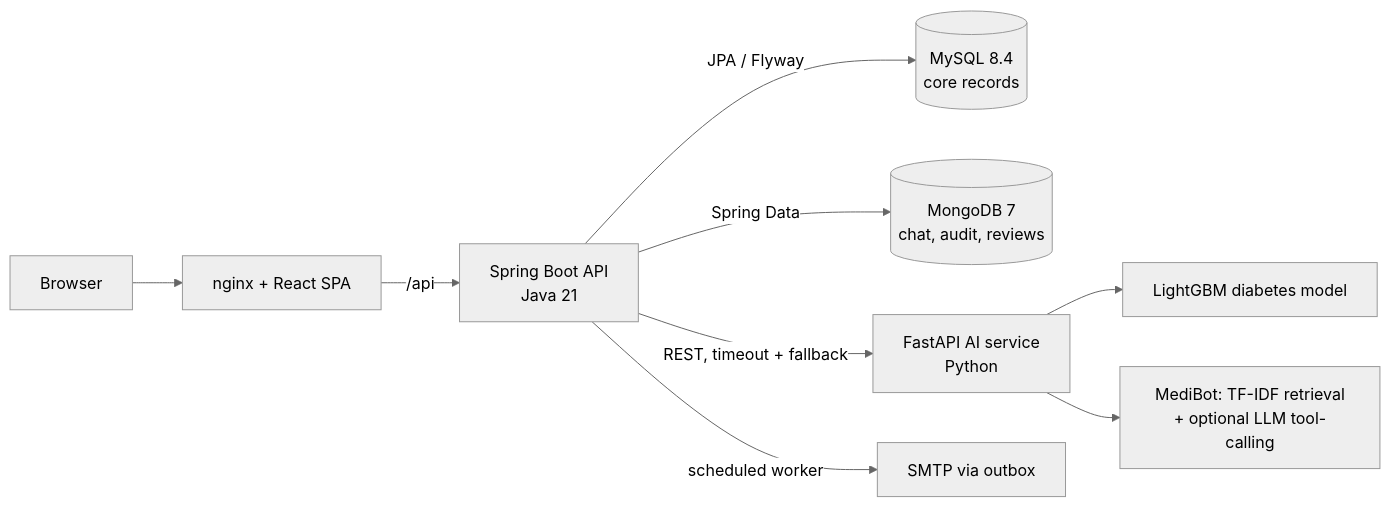
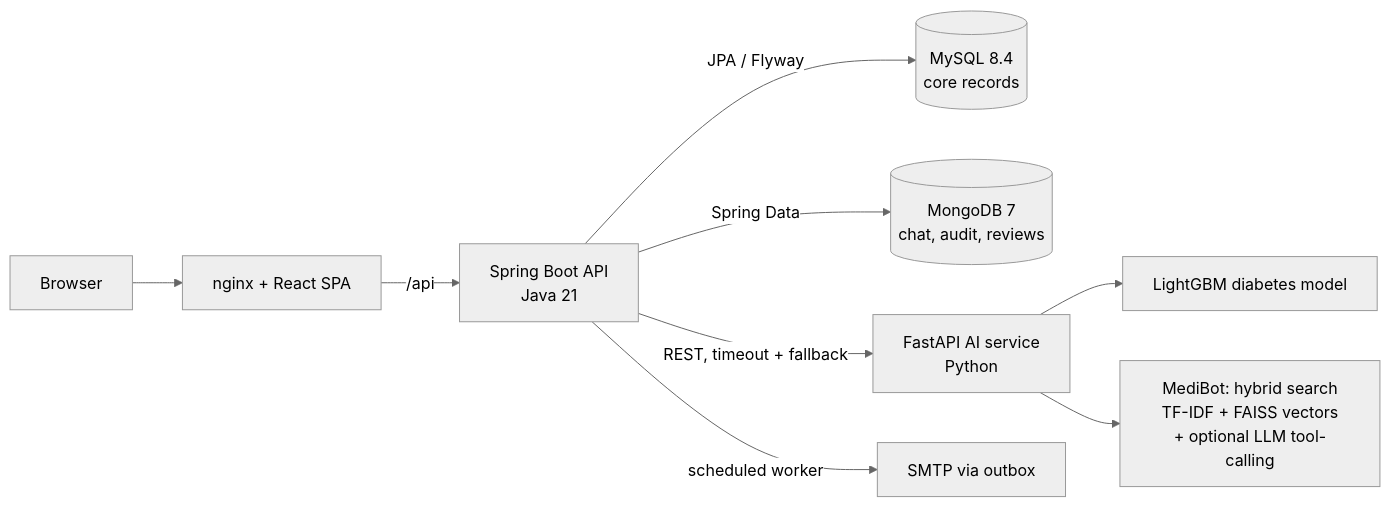
Before and after one commit to ayushcoder894/mediconnect: the diagram in README.md, drawn with Mermaid (neutral theme). The commit also changed other lines of this file and 7 other files, not shown here.

First line of the commit message:
Add FAISS vector search to MediBot

````diff
--- a/README.md
+++ b/README.md
@@ -23,11 +23,11 @@
 ```mermaid
 flowchart LR
     U[Browser] --> N[nginx + React SPA]
     N -- /api --> A[Spring Boot API<br/>Java 21]
     A -- JPA / Flyway --> M[(MySQL 8.4<br/>core records)]
     A -- Spring Data --> G[(MongoDB 7<br/>chat, audit, reviews)]
     A -- REST, timeout + fallback --> P[FastAPI AI service<br/>Python]
     P --> L[LightGBM diabetes model]
-    P --> R[MediBot: TF-IDF retrieval<br/>+ optional LLM tool-calling]
+    P --> R[MediBot: hybrid search<br/>TF-IDF + FAISS vectors<br/>+ optional LLM tool-calling]
     A -- scheduled worker --> E[SMTP via outbox]
 ```
````
